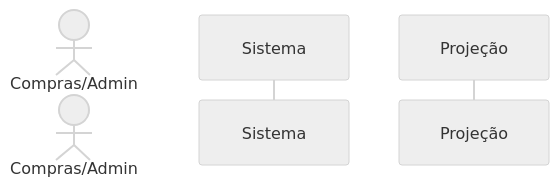
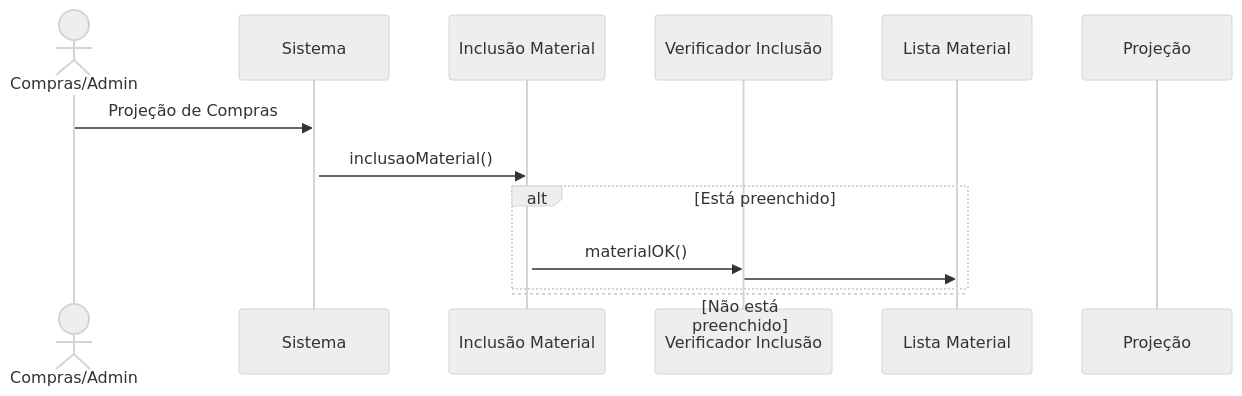
The diagram in DiagramaSequencia/Item/ProjCompras.md (branqsMRP/SequenceDiagram), drawn with Mermaid (neutral theme) before and after one commit.

Commit message:
Commit 1.5

`````diff
--- a/DiagramaSequencia/Item/ProjCompras.md
+++ b/DiagramaSequencia/Item/ProjCompras.md
@@ -1,9 +1,24 @@
 ````mermaid
 sequenceDiagram
 
 % diagrama da tela de Projeção de Compras
 
-    actor Compras/Admin
-    participant Sistema
+    actor CA as Compras/Admin
+    participant S as Sistema
+    participant IM as Inclusão Material
+    participant VI as Verificador Inclusão
+    participant LM as Lista Material 
     participant P as Projeção
+
+    CA->>S: Projeção de Compras
+    activate S
+    S->>IM: inclusaoMaterial()
+    % alterar depois para ter a classe correta
+    activate IM
+    
+    alt Está preenchido
+    IM->>VI: materialOK()
+    VI->>LM: 
+    else Não está preenchido
+    end
 ````
`````
